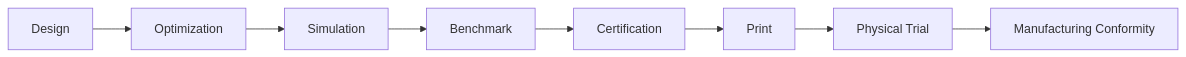
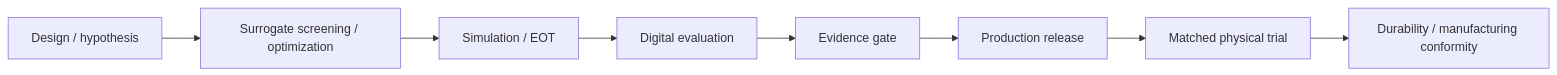
The first of 13 diagrams in docs/DIAGRAMS.md (ninja-ops-guy/adversarial-clothing-pipeline), drawn with Mermaid before and after one commit. The commit also changed other lines of this file, not shown here.

Commit message:
docs: refresh RAC diagrams for current lineage and P1 path

````diff
--- a/docs/DIAGRAMS.md
+++ b/docs/DIAGRAMS.md
@@ -13,10 +10,10 @@
 ```mermaid
 flowchart LR
-    A[Design] --> B[Optimization]
-    B --> C[Simulation]
-    C --> D[Benchmark]
-    D --> E[Certification]
-    E --> F[Print]
-    F --> G[Physical Trial]
-    G --> H[Manufacturing Conformity]
+    A[Design / hypothesis] --> B[Surrogate screening / optimization]
+    B --> C[Simulation / EOT]
+    C --> D[Digital evaluation]
+    D --> E[Evidence gate]
+    E --> F[Production release]
+    F --> G[Matched physical trial]
+    G --> H[Durability / manufacturing conformity]
 ```
````
